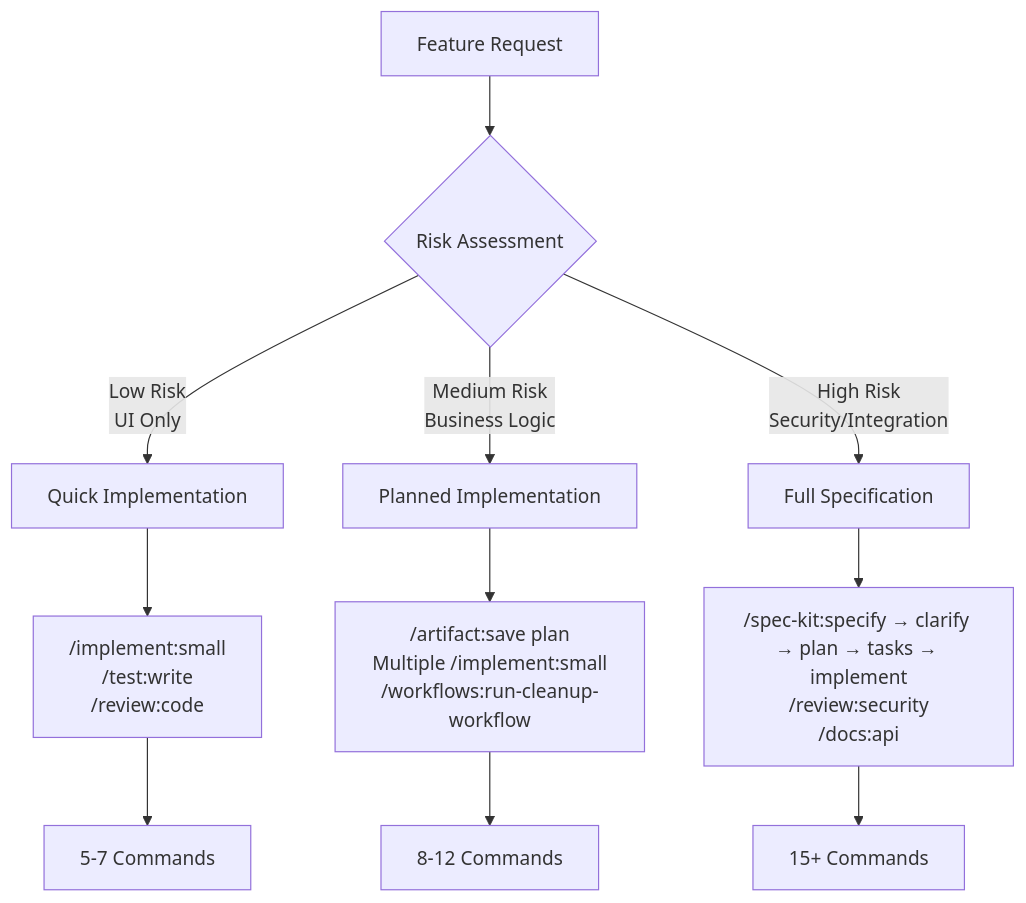
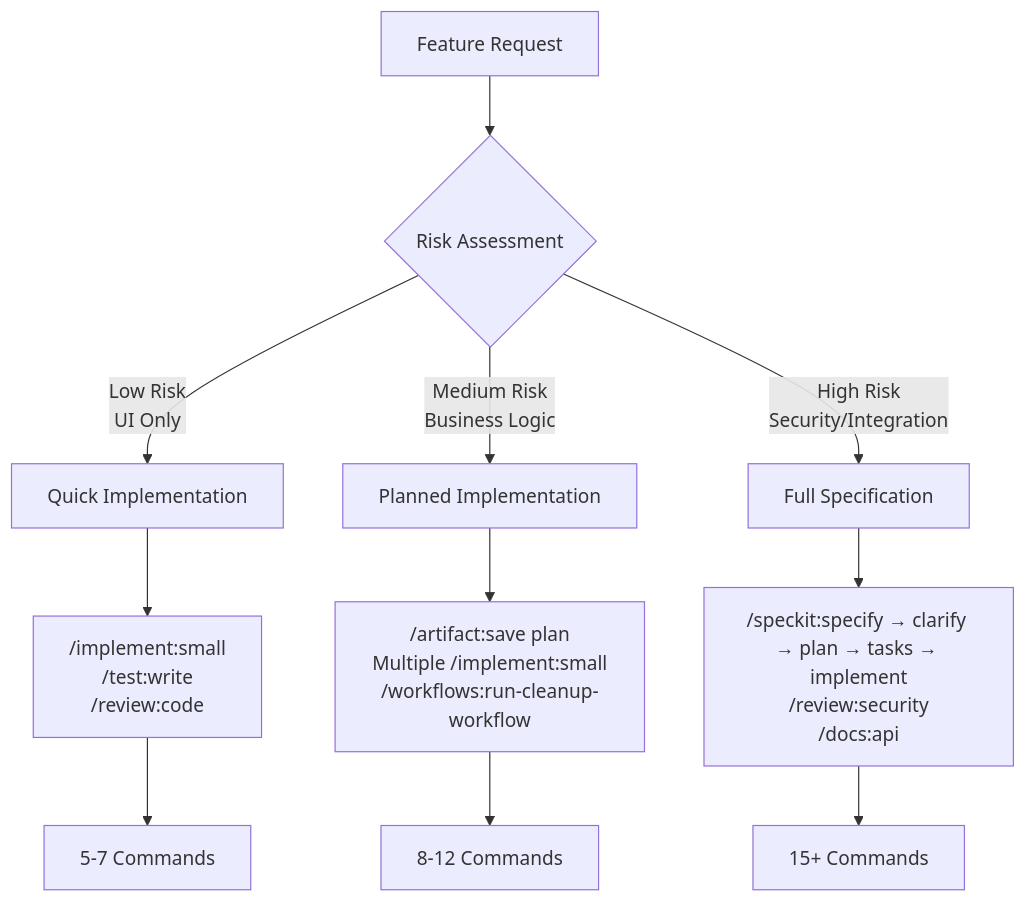
Before and after one commit to thomasholknielsen/claude-code-config: diagram 11 of 31 in docs/developer/developer-workflows.md, drawn with Mermaid. The commit also changed other lines of this file and 198 other files, not shown here.

````diff
--- a/docs/developer/developer-workflows.md
+++ b/docs/developer/developer-workflows.md
@@ -743,16 +743,16 @@
 ```mermaid
 graph TD
     A[Feature Request] --> B{Risk Assessment}
 
     B -->|Low Risk<br/>UI Only| C[Quick Implementation]
     B -->|Medium Risk<br/>Business Logic| D[Planned Implementation]
     B -->|High Risk<br/>Security/Integration| E[Full Specification]
 
     C --> F["/implement:small<br/>/test:write<br/>/review:code"]
     D --> G["/artifact:save plan<br/>Multiple /implement:small<br/>/workflows:run-cleanup-workflow"]
-    E --> H["/spec-kit:specify → clarify → plan → tasks → implement<br/>/review:security<br/>/docs:api"]
+    E --> H["/speckit:specify → clarify → plan → tasks → implement<br/>/review:security<br/>/docs:api"]
 
     F --> I[5-7 Commands]
     G --> J[8-12 Commands]
     H --> K[15+ Commands]
 ```
````
